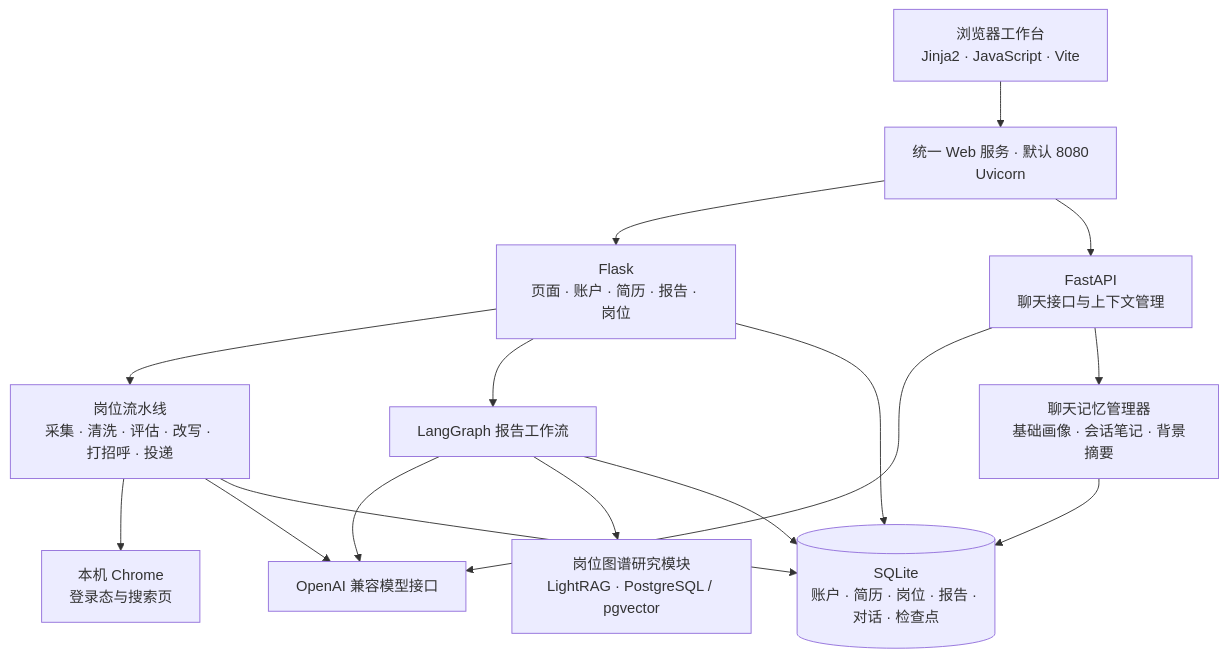
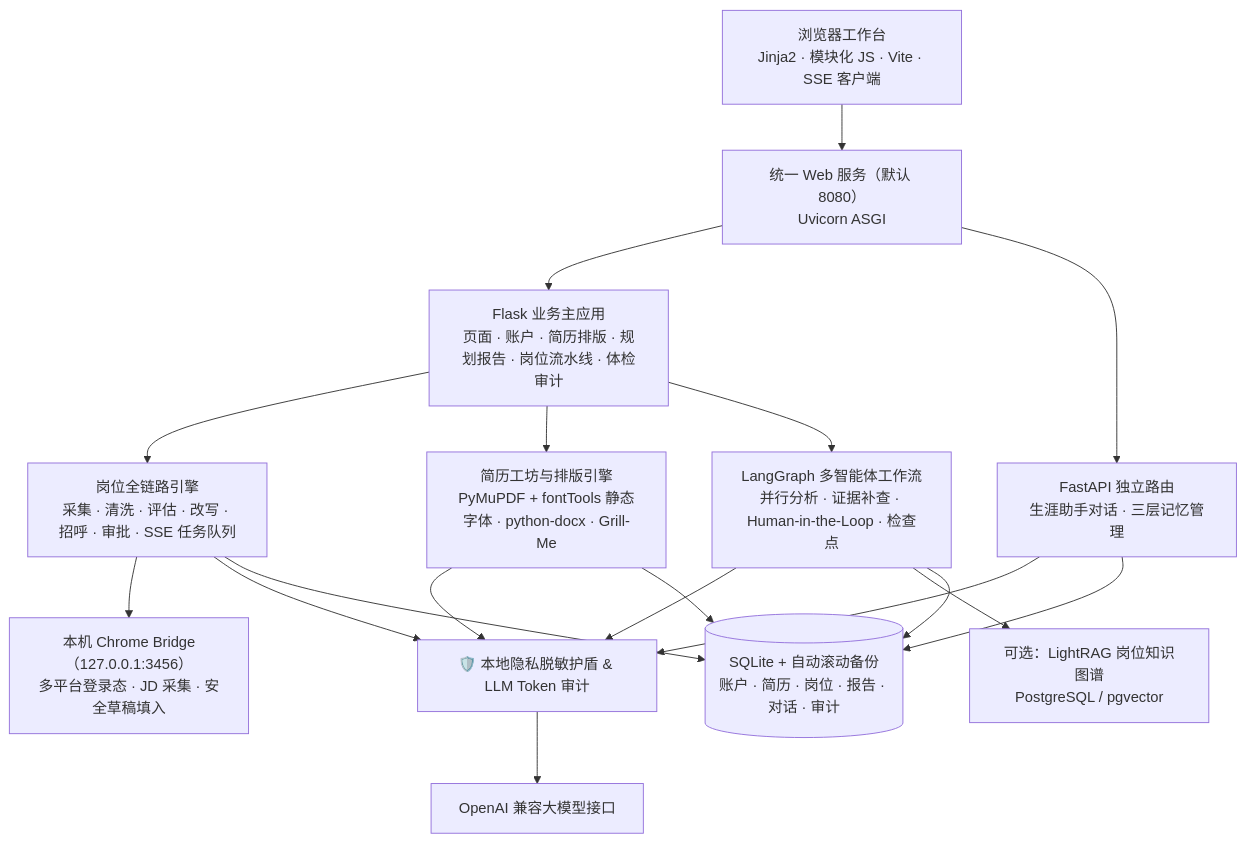
Before and after one commit to hankwang712/Career-Planning: the fourth of 4 diagrams in README.md, drawn with Mermaid. The commit also changed other lines of this file and 71 other files, not shown here.

````diff
--- a/README.md
+++ b/README.md
@@ -240,29 +239,35 @@
 ```mermaid
 flowchart TB
-    UI[浏览器工作台<br/>Jinja2 · JavaScript · Vite]
-    WEB[统一 Web 服务 · 默认 8080<br/>Uvicorn]
-    FLASK[Flask<br/>页面 · 账户 · 简历 · 报告 · 岗位]
-    CHAT[FastAPI<br/>聊天接口与上下文管理]
-    PIPE[岗位流水线<br/>采集 · 清洗 · 评估 · 改写 · 打招呼 · 投递]
-    CHROME[本机 Chrome<br/>登录态与搜索页]
-    GRAPH[LangGraph 报告工作流]
-    LLM[OpenAI 兼容模型接口]
-    DB[(SQLite<br/>账户 · 简历 · 岗位 · 报告 · 对话 · 检查点)]
-    MEMORY[聊天记忆管理器<br/>基础画像 · 会话笔记 · 背景摘要]
-    RAG[岗位图谱研究模块<br/>LightRAG · PostgreSQL / pgvector]
+    UI["浏览器工作台<br/>Jinja2 · 模块化 JS · Vite · SSE 客户端"]
+    WEB["统一 Web 服务（默认 8080）<br/>Uvicorn ASGI"]
+    FLASK["Flask 业务主应用<br/>页面 · 账户 · 简历排版 · 规划报告 · 岗位流水线 · 体检审计"]
+    CHAT["FastAPI 独立路由<br/>生涯助手对话 · 三层记忆管理"]
+
+    PIPE["岗位全链路引擎<br/>采集 · 清洗 · 评估 · 改写 · 招呼 · 审批 · SSE 任务队列"]
+    RESUME["简历工坊与排版引擎<br/>PyMuPDF + fontTools 静态字体 · python-docx · Grill-Me"]
+    GRAPH["LangGraph 多智能体工作流<br/>并行分析 · 证据补查 · Human-in-the-Loop · 检查点"]
+
+    SHIELD["🛡️ 本地隐私脱敏护盾 & LLM Token 审计"]
+    LLM["OpenAI 兼容大模型接口"]
+    CHROME["本机 Chrome Bridge（127.0.0.1:3456）<br/>多平台登录态 · JD 采集 · 安全草稿填入"]
+    DB[("SQLite + 自动滚动备份<br/>账户 · 简历 · 岗位 · 报告 · 对话 · 审计")]
+    RAG["可选：LightRAG 岗位知识图谱<br/>PostgreSQL / pgvector"]
+
     UI --> WEB
     WEB --> FLASK
     WEB --> CHAT
     FLASK --> PIPE
+    FLASK --> RESUME
     FLASK --> GRAPH
     PIPE --> CHROME
-    PIPE --> LLM
+    PIPE --> SHIELD
+    RESUME --> SHIELD
+    GRAPH --> SHIELD
+    CHAT --> SHIELD
+    SHIELD --> LLM
+    GRAPH --> RAG
     PIPE --> DB
-    GRAPH --> LLM
-    GRAPH --> RAG
+    RESUME --> DB
     GRAPH --> DB
-    FLASK --> DB
-    CHAT --> LLM
-    CHAT --> MEMORY
-    MEMORY --> DB
+    CHAT --> DB
 ```
````
